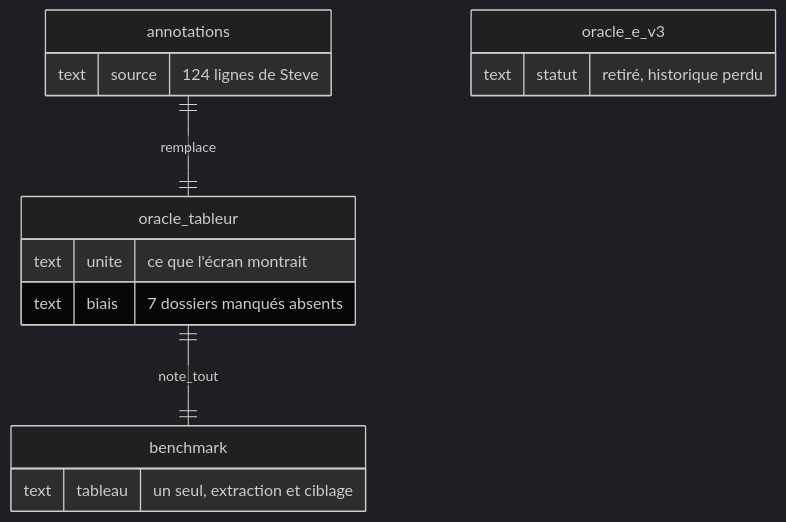
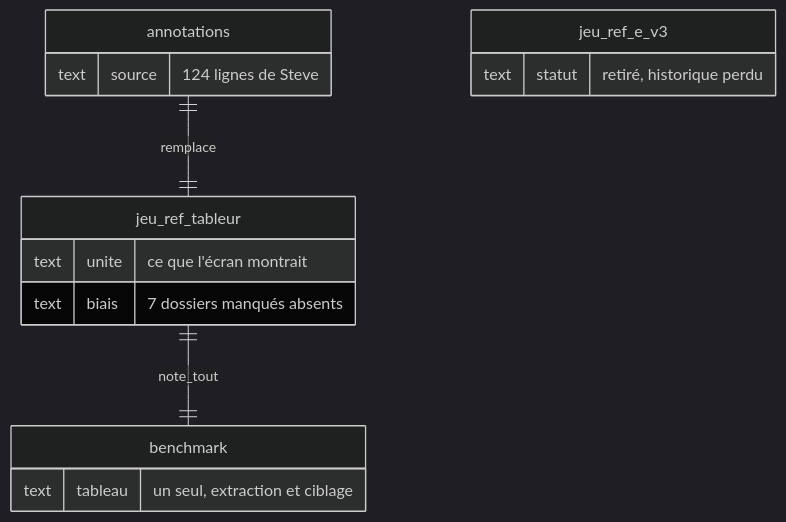
Diagram 15 of 22 in docs/spec/reports/dossier-retours-steve/DOSSIER_DECISION_RETOURS_STEVE_2026-10-03.md (rhanka/radar-immobilier), drawn with Mermaid (dark theme) before and after one commit. The commit also changed other lines of this file and 47 other files, not shown here.

````diff
--- a/docs/spec/reports/dossier-retours-steve/DOSSIER_DECISION_RETOURS_STEVE_2026-10-03.md
+++ b/docs/spec/reports/dossier-retours-steve/DOSSIER_DECISION_RETOURS_STEVE_2026-10-03.md
@@ -1513,18 +1765,18 @@
 ```mermaid
 erDiagram
-    annotations ||--|| oracle_tableur : remplace
-    oracle_tableur ||--|| benchmark : note_tout
+    annotations ||--|| jeu_ref_tableur : remplace
+    jeu_ref_tableur ||--|| benchmark : note_tout
     annotations {
       text source "124 lignes de Steve"
     }
-    oracle_tableur {
+    jeu_ref_tableur {
       text unite "ce que l'écran montrait"
       text biais "7 dossiers manqués absents"
     }
-    oracle_e_v3 {
+    jeu_ref_e_v3 {
       text statut "retiré, historique perdu"
     }
     benchmark {
       text tableau "un seul, extraction et ciblage"
     }
 ```
````
